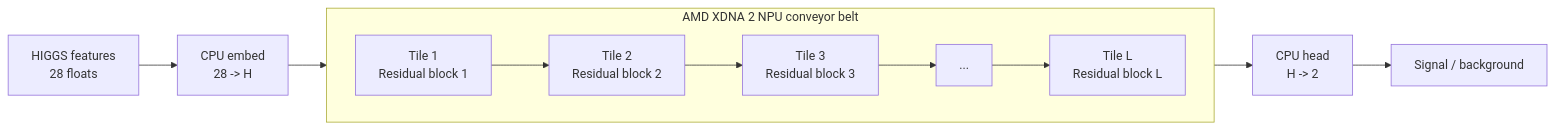
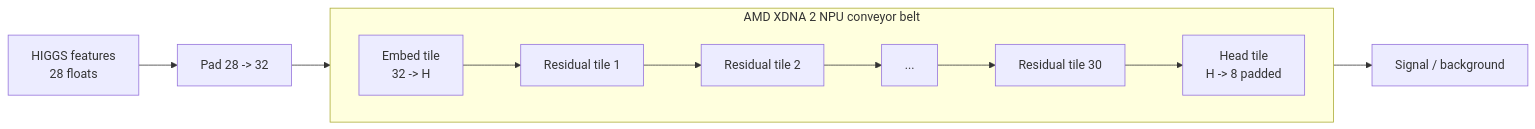
Before and after one commit to hpenedones/npu-spatial-nets: the diagram in README.md, drawn with Mermaid. The commit also changed other lines of this file and 9 other files, not shown here.

````diff
--- a/README.md
+++ b/README.md
@@ -33,18 +33,18 @@
 ```mermaid
 flowchart LR
-    X[HIGGS features<br/>28 floats] --> E[CPU embed<br/>28 -> H]
+    X[HIGGS features<br/>28 floats] --> PAD[Pad 28 -> 32]
 
     subgraph NPU[AMD XDNA 2 NPU conveyor belt]
         direction LR
-        T1[Tile 1<br/>Residual block 1]
-        T2[Tile 2<br/>Residual block 2]
-        T3[Tile 3<br/>Residual block 3]
+        TE[Embed tile<br/>32 -> H]
+        T1[Residual tile 1]
+        T2[Residual tile 2]
         TD[...]
-        TL[Tile L<br/>Residual block L]
-        T1 --> T2 --> T3 --> TD --> TL
+        TL[Residual tile 30]
+        TH[Head tile<br/>H -> 8 padded]
+        TE --> T1 --> T2 --> TD --> TL --> TH
     end
 
-    E --> T1
-    TL --> H[CPU head<br/>H -> 2]
-    H --> Y[Signal / background]
+    PAD --> TE
+    TH --> Y[Signal / background]
 ```
````
